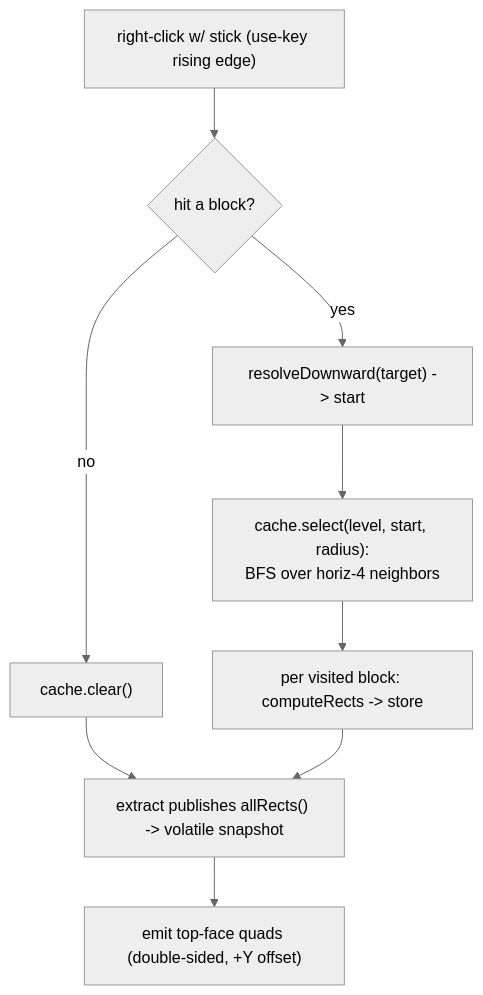
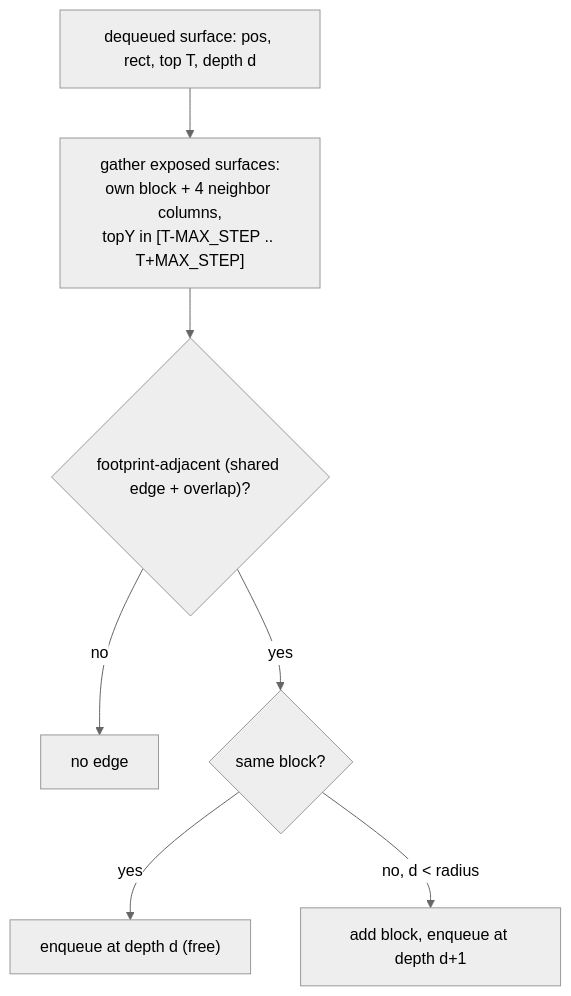
Before and after one commit to colinsmao/hbox-test: the diagram in PLAN.md, drawn with Mermaid (neutral theme). The commit also changed other lines of this file, not shown here.

Commit message:
Plan: v2 walkable surface flood (with v1.5 debug stage)

````diff
--- a/PLAN.md
+++ b/PLAN.md
@@ -43,11 +126,9 @@
 ```mermaid
 flowchart TD
-  rc["right-click w/ stick (use-key rising edge)"] --> hit{"hit a block?"}
-  hit -->|"no"| clr["cache.clear()"]
-  hit -->|"yes"| res["resolveDownward(target) -> start"]
-  res --> flood["cache.select(level, start, radius):<br/>BFS over horiz-4 neighbors"]
-  flood --> store["per visited block: computeRects -> store"]
-  clr --> pub
-  store --> pub["extract publishes allRects() -> volatile snapshot"]
-  pub --> emit["emit top-face quads (double-sided, +Y offset)"]
+  cur["dequeued surface: pos, rect, top T, depth d"] --> gather["gather exposed surfaces:<br/>own block + 4 neighbor columns,<br/>topY in [T-MAX_STEP .. T+MAX_STEP]"]
+  gather --> test{"footprint-adjacent (shared edge + overlap)?"}
+  test -->|"no"| skip["no edge"]
+  test -->|"yes"| samecol{"same block?"}
+  samecol -->|"yes"| sib["enqueue at depth d (free)"]
+  samecol -->|"no, d < radius"| nb["add block, enqueue at depth d+1"]
 ```
````
